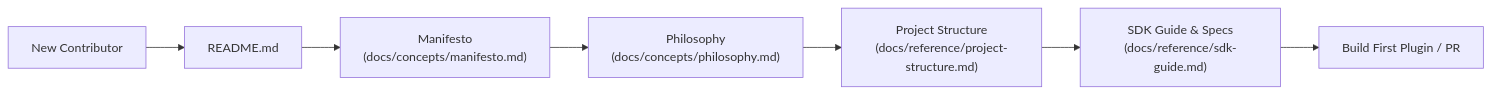
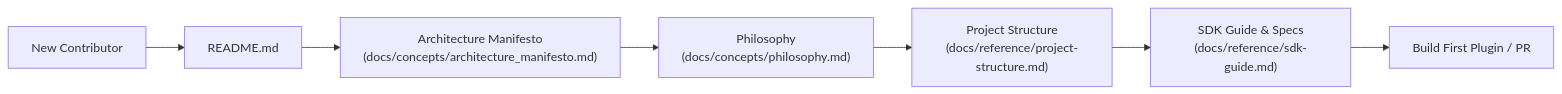
One commit to Irs622/nexusai changed the first of 2 diagrams in README.md. Above: the diagram before and after it, drawn with Mermaid. The commit also changed 59 other files, not shown here.

````diff
--- a/README.md
+++ b/README.md
@@ -19,9 +19,9 @@
 ```mermaid
 flowchart LR
     A["New Contributor"] --> B["README.md"]
-    B --> C["Manifesto\n(docs/concepts/manifesto.md)"]
+    B --> C["Architecture Manifesto\n(docs/concepts/architecture_manifesto.md)"]
     C --> D["Philosophy\n(docs/concepts/philosophy.md)"]
     D --> E["Project Structure\n(docs/reference/project-structure.md)"]
     E --> F["SDK Guide & Specs\n(docs/reference/sdk-guide.md)"]
     F --> G["Build First Plugin / PR"]
 ```
````
